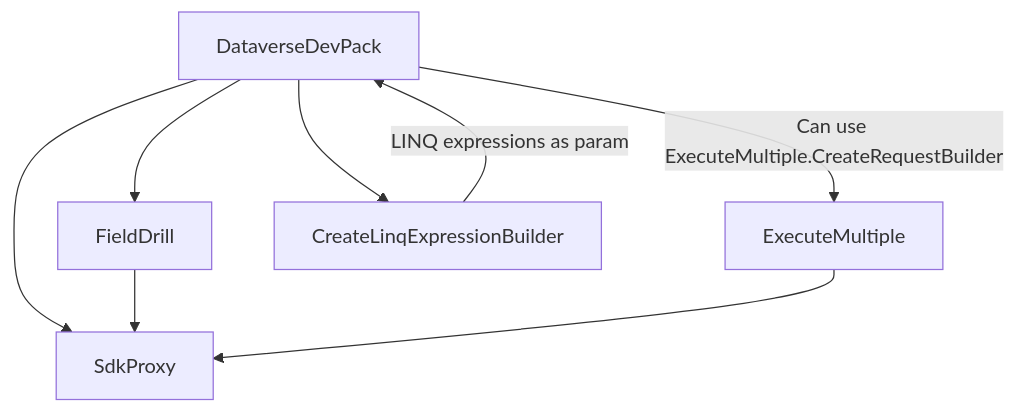
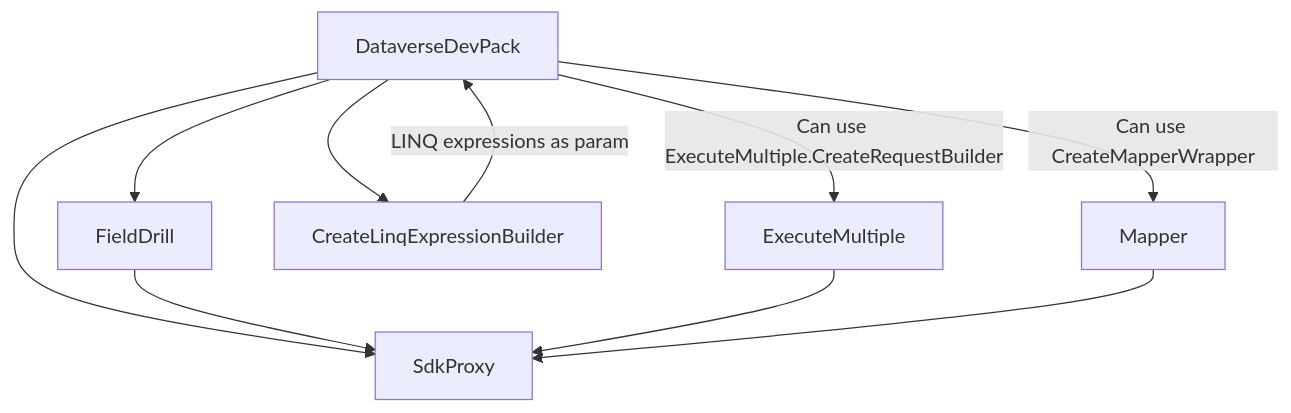
One commit to C485/DevPack4Dataverse changed the diagram in README.md. Above: the diagram before and after it, drawn with Mermaid. The commit also changed other lines of this file and 47 other files, not shown here.

````diff
--- a/README.md
+++ b/README.md
@@ -13,15 +13,18 @@
 ```mermaid
 graph TB
 A[DataverseDevPack]
 B[ExecuteMultiple]
 C[FieldDrill]
 D[SdkProxy]
 E[CreateLinqExpressionBuilder]
+F[Mapper]
 A --> |Can use ExecuteMultiple.CreateRequestBuilder|B
 A --> C
 A --> D
 A --> E
+A --> |Can use CreateMapperWrapper|F
 E --> |LINQ expressions as param|A
 C --> D
 B --> D
+F --> D
 ```
````
